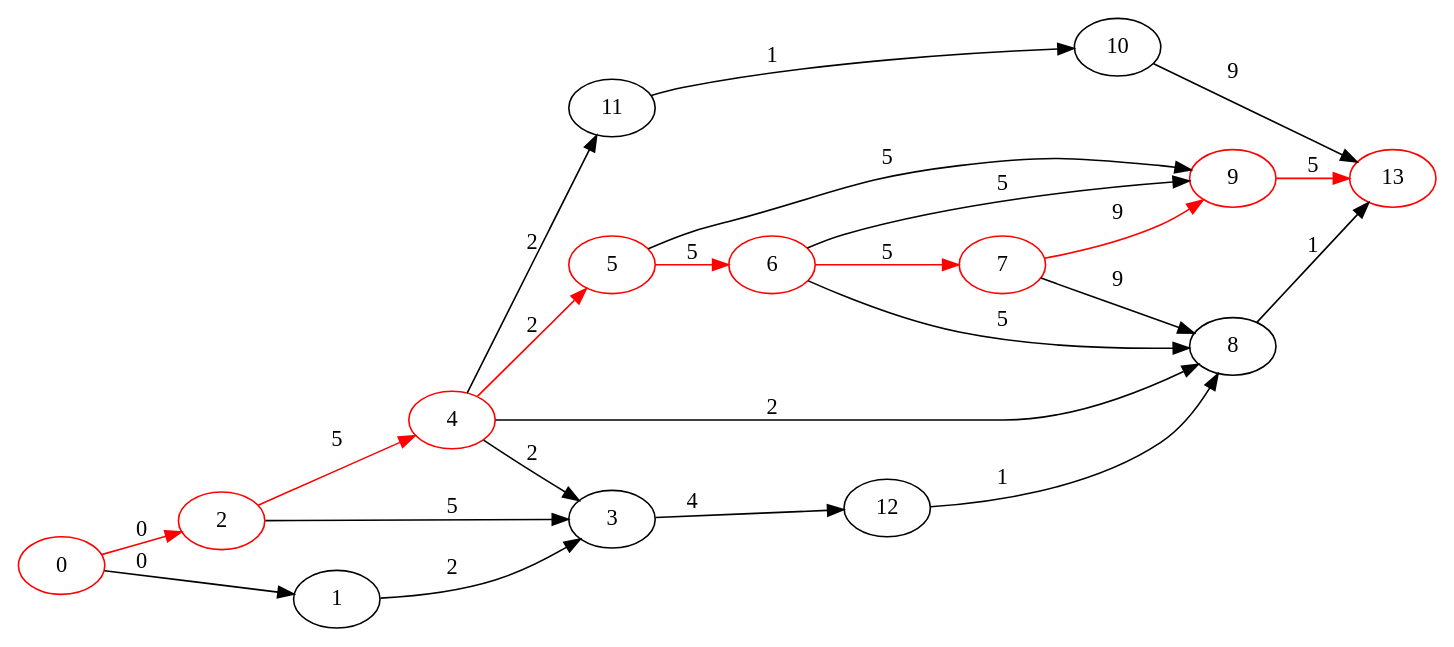
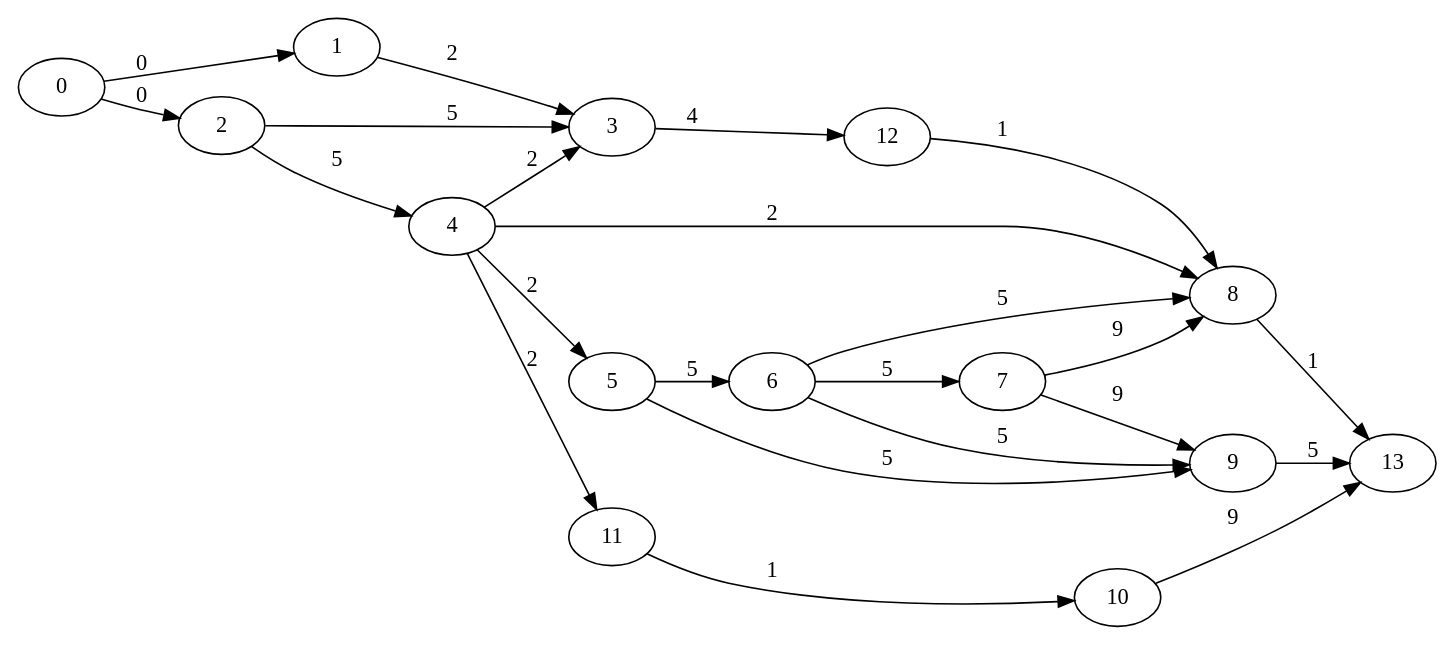
One commit to avivi55/graphs changed the diagram in out/3.gv. Above: the diagram before and after it, drawn with Graphviz. The commit also changed 59 other files, not shown here.

```diff
--- a/out/3.gv
+++ b/out/3.gv
@@ -1,32 +1,24 @@
 digraph { rankdir=LR
-    "2" [color="red" label="2"]
-    "4" [color="red" label="4"]
-    "5" [color="red" label="5"]
-    "6" [color="red" label="6"]
-    "7" [color="red" label="7"]
-    "9" [color="red" label="9"]
-    "0" [color="red" label="0"]
-    "13" [color="red" label="13"]
     "1" -> "3" [label="2" ]
     "2" -> "3" [label="5" ]
-    "2" -> "4" [label="5" color="red" ]
+    "2" -> "4" [label="5" ]
     "3" -> "12" [label="4" ]
     "4" -> "3" [label="2" ]
-    "4" -> "5" [label="2" color="red" ]
+    "4" -> "5" [label="2" ]
     "4" -> "8" [label="2" ]
     "4" -> "11" [label="2" ]
-    "5" -> "6" [label="5" color="red" ]
+    "5" -> "6" [label="5" ]
     "5" -> "9" [label="5" ]
-    "6" -> "7" [label="5" color="red" ]
+    "6" -> "7" [label="5" ]
     "6" -> "8" [label="5" ]
     "6" -> "9" [label="5" ]
     "7" -> "8" [label="9" ]
-    "7" -> "9" [label="9" color="red" ]
+    "7" -> "9" [label="9" ]
     "8" -> "13" [label="1" ]
-    "9" -> "13" [label="5" color="red" ]
+    "9" -> "13" [label="5" ]
     "10" -> "13" [label="9" ]
     "11" -> "10" [label="1" ]
     "12" -> "8" [label="1" ]
     "0" -> "1" [label="0" ]
-    "0" -> "2" [label="0" color="red" color="red" ]
+    "0" -> "2" [label="0" ]
 }
```
